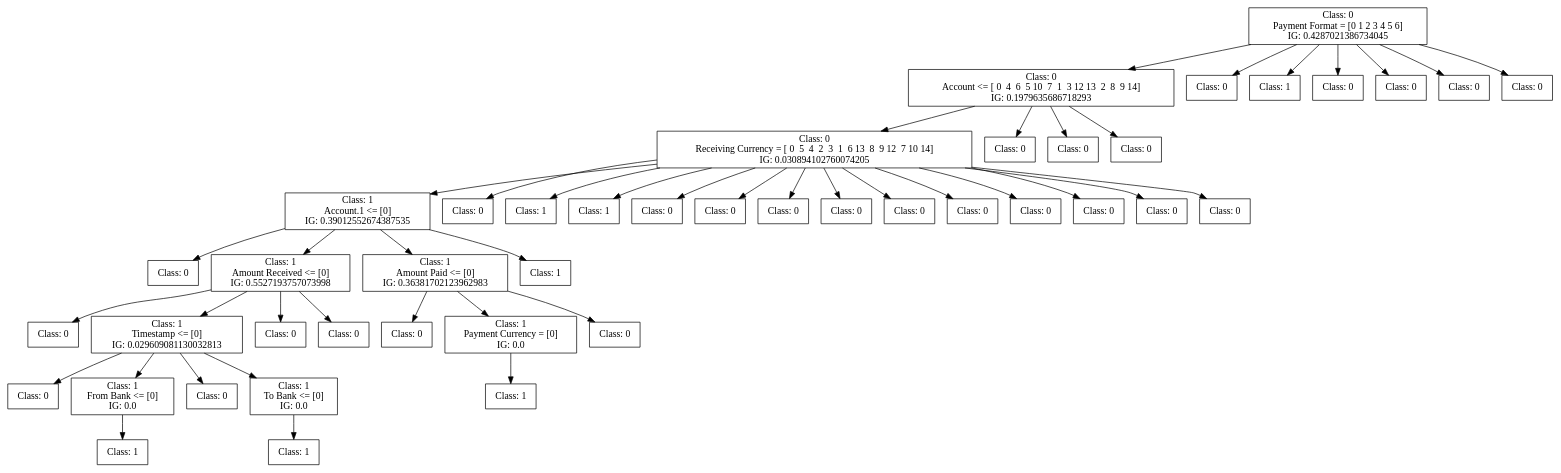
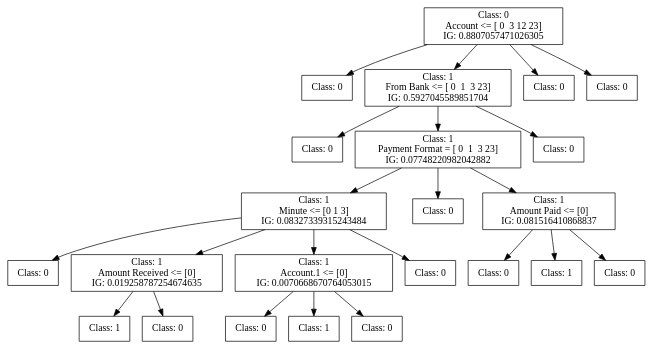
One commit to FedericoBruzzone/anti-money-laundering changed the diagram in dot_figs/tree-id3-oversampling-4.dot. Above: the diagram before and after it, drawn with Graphviz. The commit also changed 12 other files, not shown here.

```diff
--- a/dot_figs/tree-id3-oversampling-4.dot
+++ b/dot_figs/tree-id3-oversampling-4.dot
@@ -1,145 +1,79 @@
 digraph DecisionTree {
 	rankdir=TD;
 	node [shape=box];
-	2337401890912 [label="Class: 0
-Payment Format = [0 1 2 3 4 5 6]
-IG: 0.4287021386734045"];
-	2337401891488 [label="Class: 0
-Account <= [ 0  4  6  5 10  7  1  3 12 13  2  8  9 14]
-IG: 0.1979635686718293"];
-	2337401890912 -> 2337401891488;
-	2337401891104 [label="Class: 0
-Receiving Currency = [ 0  5  4  2  3  1  6 13  8  9 12  7 10 14]
-IG: 0.030894102760074205"];
-	2337401891488 -> 2337401891104;
-	2337401894320 [label="Class: 1
+	2150827761792 [label="Class: 0
+Account <= [ 0  3 12 23]
+IG: 0.8807057471026305"];
+	2150961821536 [label="Class: 0
+"];
+	2150827761792 -> 2150961821536;
+	2150961820144 [label="Class: 1
+From Bank <= [ 0  1  3 23]
+IG: 0.5927045589851704"];
+	2150827761792 -> 2150961820144;
+	2150965420832 [label="Class: 0
+"];
+	2150961820144 -> 2150965420832;
+	2150965421024 [label="Class: 1
+Payment Format = [ 0  1  3 23]
+IG: 0.07748220982042882"];
+	2150961820144 -> 2150965421024;
+	2150965428032 [label="Class: 1
+Minute <= [0 1 3]
+IG: 0.08327339315243484"];
+	2150965421024 -> 2150965428032;
+	2150989470672 [label="Class: 0
+"];
+	2150965428032 -> 2150989470672;
+	2150989468224 [label="Class: 1
+Amount Received <= [0]
+IG: 0.019258787254674635"];
+	2150965428032 -> 2150989468224;
+	2150989476432 [label="Class: 1
+"];
+	2150989468224 -> 2150989476432;
+	2150989476864 [label="Class: 0
+"];
+	2150989468224 -> 2150989476864;
+	2150989469136 [label="Class: 1
 Account.1 <= [0]
-IG: 0.39012552674387535"];
-	2337401891104 -> 2337401894320;
-	2337401892496 [label="Class: 0
+IG: 0.0070668670764053015"];
+	2150965428032 -> 2150989469136;
+	2151006930928 [label="Class: 0
 "];
-	2337401894320 -> 2337401892496;
-	2337401883184 [label="Class: 1
-Amount Received <= [0]
-IG: 0.5527193757073998"];
-	2337401894320 -> 2337401883184;
-	2342464375440 [label="Class: 0
+	2150989469136 -> 2151006930928;
+	2151006931120 [label="Class: 1
 "];
-	2337401883184 -> 2342464375440;
-	2342464373856 [label="Class: 1
-Timestamp <= [0]
-IG: 0.029609081130032813"];
-	2337401883184 -> 2342464373856;
-	2342464376256 [label="Class: 0
+	2150989469136 -> 2151006931120;
+	2151006929056 [label="Class: 0
 "];
-	2342464373856 -> 2342464376256;
-	2342464375536 [label="Class: 1
-From Bank <= [0]
-IG: 0.0"];
-	2342464373856 -> 2342464375536;
-	2342464372800 [label="Class: 1
+	2150989469136 -> 2151006929056;
+	2150989470096 [label="Class: 0
 "];
-	2342464375536 -> 2342464372800;
-	2342464375968 [label="Class: 0
+	2150965428032 -> 2150989470096;
+	2150965428176 [label="Class: 0
 "];
-	2342464373856 -> 2342464375968;
-	2342464374048 [label="Class: 1
-To Bank <= [0]
-IG: 0.0"];
-	2342464373856 -> 2342464374048;
-	2342464376688 [label="Class: 1
+	2150965421024 -> 2150965428176;
+	2150965422944 [label="Class: 1
+Amount Paid <= [0]
+IG: 0.081516410868837"];
+	2150965421024 -> 2150965422944;
+	2151006935728 [label="Class: 0
 "];
-	2342464374048 -> 2342464376688;
-	2342464373328 [label="Class: 0
+	2150965422944 -> 2151006935728;
+	2151006935920 [label="Class: 1
 "];
-	2337401883184 -> 2342464373328;
-	2342464374144 [label="Class: 0
+	2150965422944 -> 2151006935920;
+	2151006933664 [label="Class: 0
 "];
-	2337401883184 -> 2342464374144;
-	2337401890576 [label="Class: 1
-Amount Paid <= [0]
-IG: 0.36381702123962983"];
-	2337401894320 -> 2337401890576;
-	2342464378176 [label="Class: 0
+	2150965422944 -> 2151006933664;
+	2150965418960 [label="Class: 0
 "];
-	2337401890576 -> 2342464378176;
-	2342464378368 [label="Class: 1
-Payment Currency = [0]
-IG: 0.0"];
-	2337401890576 -> 2342464378368;
-	2342464373904 [label="Class: 1
+	2150961820144 -> 2150965418960;
+	2150961819952 [label="Class: 0
 "];
-	2342464378368 -> 2342464373904;
-	2342464377936 [label="Class: 0
+	2150827761792 -> 2150961819952;
+	2150961820912 [label="Class: 0
 "];
-	2337401890576 -> 2342464377936;
-	2337401891968 [label="Class: 1
-"];
-	2337401894320 -> 2337401891968;
-	2337401887264 [label="Class: 0
-"];
-	2337401891104 -> 2337401887264;
-	2337401892400 [label="Class: 1
-"];
-	2337401891104 -> 2337401892400;
-	2337401896000 [label="Class: 1
-"];
-	2337401891104 -> 2337401896000;
-	2337401892304 [label="Class: 0
-"];
-	2337401891104 -> 2337401892304;
-	2337401889232 [label="Class: 0
-"];
-	2337401891104 -> 2337401889232;
-	2337401896288 [label="Class: 0
-"];
-	2337401891104 -> 2337401896288;
-	2337401888176 [label="Class: 0
-"];
-	2337401891104 -> 2337401888176;
-	2337401894032 [label="Class: 0
-"];
-	2337401891104 -> 2337401894032;
-	2337401889040 [label="Class: 0
-"];
-	2337401891104 -> 2337401889040;
-	2337401896384 [label="Class: 0
-"];
-	2337401891104 -> 2337401896384;
-	2337401896480 [label="Class: 0
-"];
-	2337401891104 -> 2337401896480;
-	2337401881312 [label="Class: 0
-"];
-	2337401891104 -> 2337401881312;
-	2337401880688 [label="Class: 0
-"];
-	2337401891104 -> 2337401880688;
-	2337401892784 [label="Class: 0
-"];
-	2337401891488 -> 2337401892784;
-	2337401892544 [label="Class: 0
-"];
-	2337401891488 -> 2337401892544;
-	2337401881696 [label="Class: 0
-"];
-	2337401891488 -> 2337401881696;
-	2337401890864 [label="Class: 0
-"];
-	2337401890912 -> 2337401890864;
-	2337401892448 [label="Class: 1
-"];
-	2337401890912 -> 2337401892448;
-	2337401890672 [label="Class: 0
-"];
-	2337401890912 -> 2337401890672;
-	2337401895760 [label="Class: 0
-"];
-	2337401890912 -> 2337401895760;
-	2337401895952 [label="Class: 0
-"];
-	2337401890912 -> 2337401895952;
-	2337401892160 [label="Class: 0
-"];
-	2337401890912 -> 2337401892160;
+	2150827761792 -> 2150961820912;
 }
```
